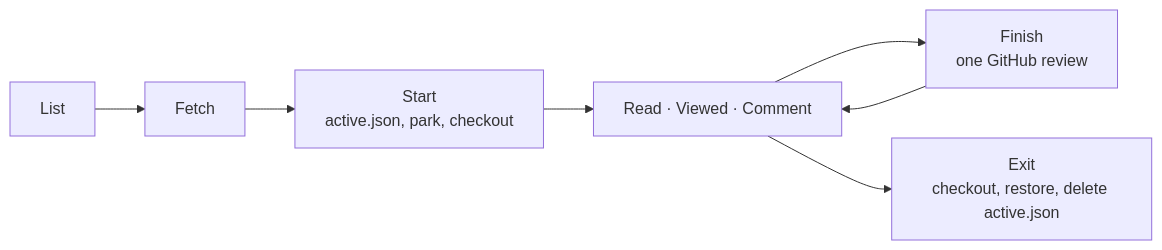
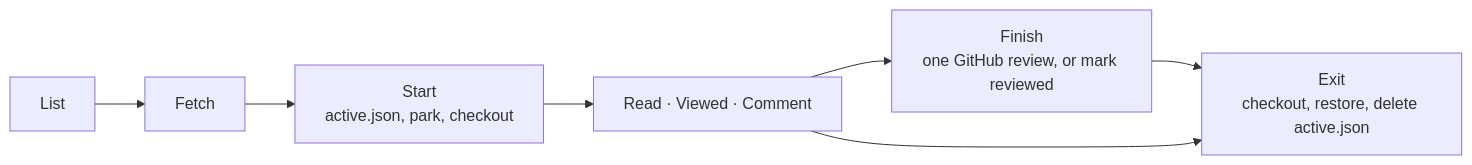
Before and after one commit to vatsarishabh22/review-lens: the diagram in spec/README.md, drawn with Mermaid. The commit also changed other lines of this file and 17 other files, not shown here.

Commit message:
feat(review-lens): Finish review can mark a PR reviewed without posting, every finish returns to the PR list, and the list shows reviewed PRs in green with their verdict

````diff
--- a/spec/README.md
+++ b/spec/README.md
@@ -7,6 +7,6 @@
 ```mermaid
 flowchart LR
     L[List] --> F[Fetch] --> S["Start<br/>active.json, park, checkout"] --> R["Read · Viewed · Comment"]
-    R --> FI["Finish<br/>one GitHub review"] --> R
+    R --> FI["Finish<br/>one GitHub review, or mark reviewed"] --> E
     R --> E["Exit<br/>checkout, restore, delete active.json"]
 ```
````
